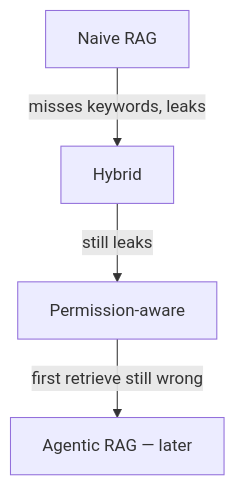
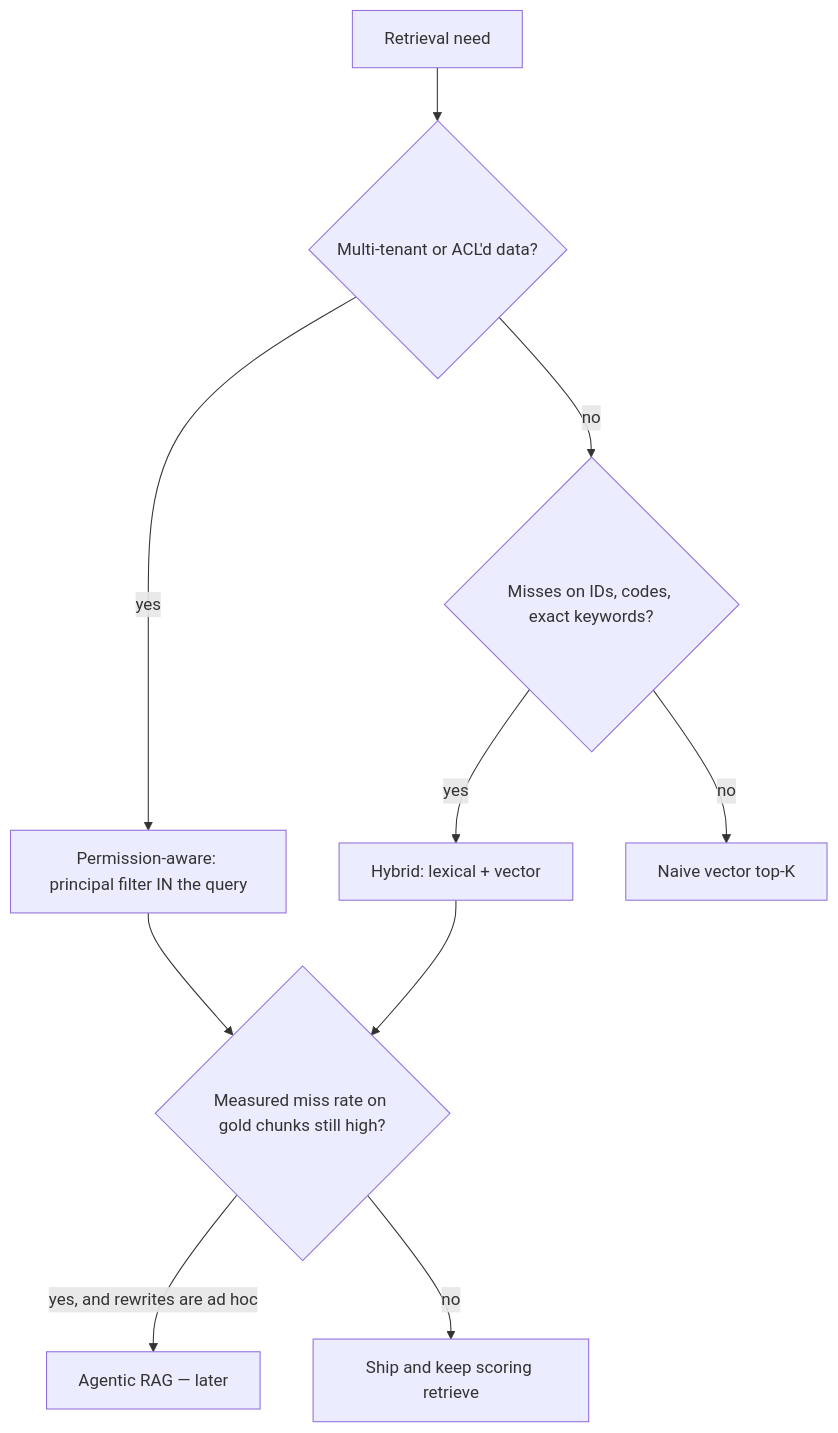
The diagram in 08-RAG/19-comparison.md (krishnaviswa/AiLearner), drawn with Mermaid before and after one commit. The commit also changed 109 other files, not shown here.

Commit message:
Enhance dependency graphs and styling across multiple HTML files. Added class definitions for various components to improve visual representation and organization. Updated flowcharts to include subgraphs for better clarity in the architecture and decision-making processes.

````diff
--- a/08-RAG/19-comparison.md
+++ b/08-RAG/19-comparison.md
@@ -23,6 +23,12 @@
 ```mermaid
 flowchart TD
-  N[Naive RAG] -->|misses keywords, leaks| H[Hybrid]
-  H -->|still leaks| P[Permission-aware]
-  P -->|first retrieve still wrong| A[Agentic RAG — later]
+  Start[Retrieval need] --> MT{Multi-tenant or ACL'd data?}
+  MT -->|yes| PA[Permission-aware: principal filter IN the query]
+  MT -->|no| KW{Misses on IDs, codes, exact keywords?}
+  KW -->|yes| HY[Hybrid: lexical + vector]
+  KW -->|no| NV[Naive vector top-K]
+  PA --> M{Measured miss rate on gold chunks still high?}
+  HY --> M
+  M -->|yes, and rewrites are ad hoc| AG[Agentic RAG — later]
+  M -->|no| Done[Ship and keep scoring retrieve]
 ```
````
